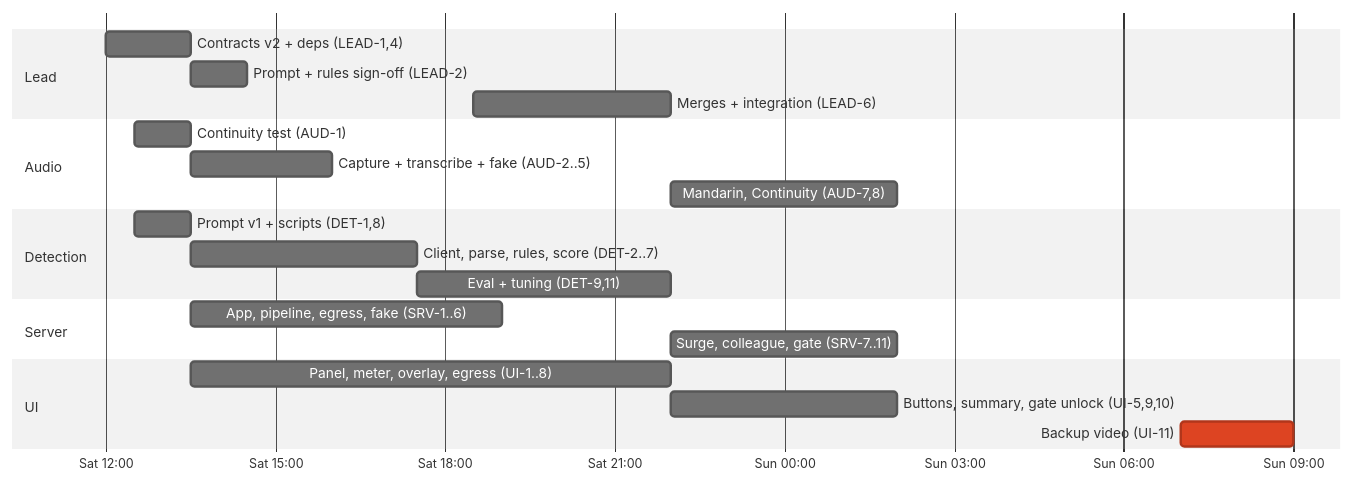
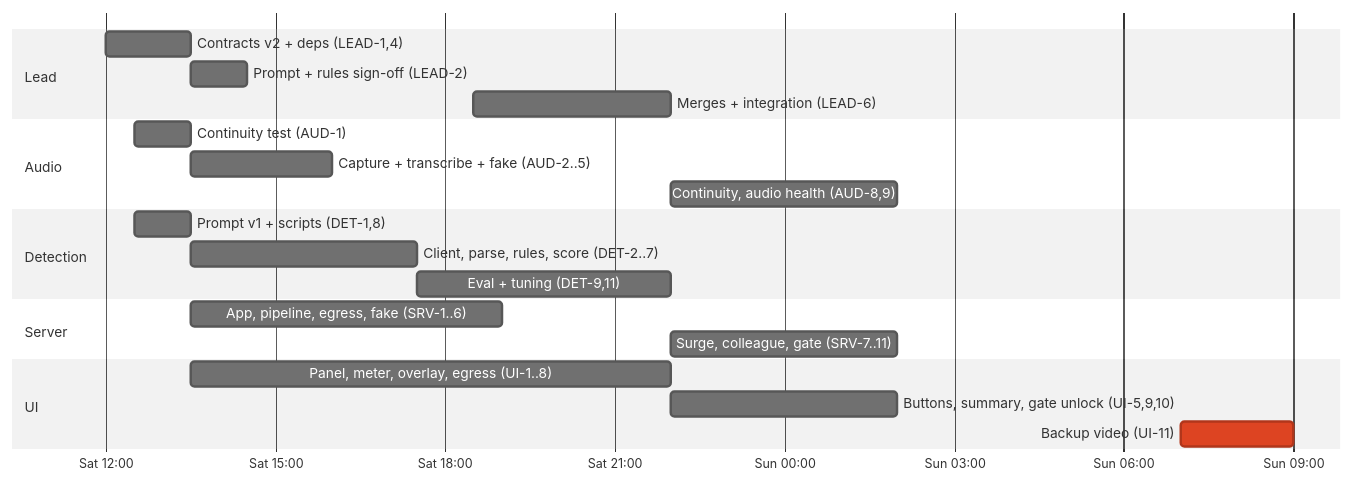
The tenth of 10 diagrams in hack1984/prd.md (cocoleunghokei/CallGuard), drawn with Mermaid (neutral theme) before and after one commit. The commit also changed other lines of this file, not shown here.

````diff
--- a/hack1984/prd.md
+++ b/hack1984/prd.md
@@ -733,24 +805,24 @@
 ```mermaid
 gantt
     dateFormat  YYYY-MM-DD HH:mm
     axisFormat  %a %H:%M
     section Lead
     Contracts v2 + deps (LEAD-1,4)     :l1, 2026-11-07 12:00, 90m
     Prompt + rules sign-off (LEAD-2)    :l2, 2026-11-07 13:30, 60m
     Merges + integration (LEAD-6)       :l3, 2026-11-07 18:30, 210m
     section Audio
     Continuity test (AUD-1)             :a1, 2026-11-07 12:30, 60m
     Capture + transcribe + fake (AUD-2..5) :a2, 2026-11-07 13:30, 150m
-    Mandarin, Continuity (AUD-7,8)      :a3, 2026-11-07 22:00, 240m
+    Continuity, audio health (AUD-8,9)  :a3, 2026-11-07 22:00, 240m
     section Detection
     Prompt v1 + scripts (DET-1,8)       :d1, 2026-11-07 12:30, 60m
     Client, parse, rules, score (DET-2..7) :d2, 2026-11-07 13:30, 240m
     Eval + tuning (DET-9,11)            :d3, 2026-11-07 17:30, 270m
     section Server
     App, pipeline, egress, fake (SRV-1..6) :s1, 2026-11-07 13:30, 330m
     Surge, colleague, gate (SRV-7..11)  :s2, 2026-11-07 22:00, 240m
     section UI
     Panel, meter, overlay, egress (UI-1..8) :u1, 2026-11-07 13:30, 510m
     Buttons, summary, gate unlock (UI-5,9,10) :u2, 2026-11-07 22:00, 240m
     Backup video (UI-11)                :crit, u3, 2026-11-08 07:00, 120m
 ```
````
